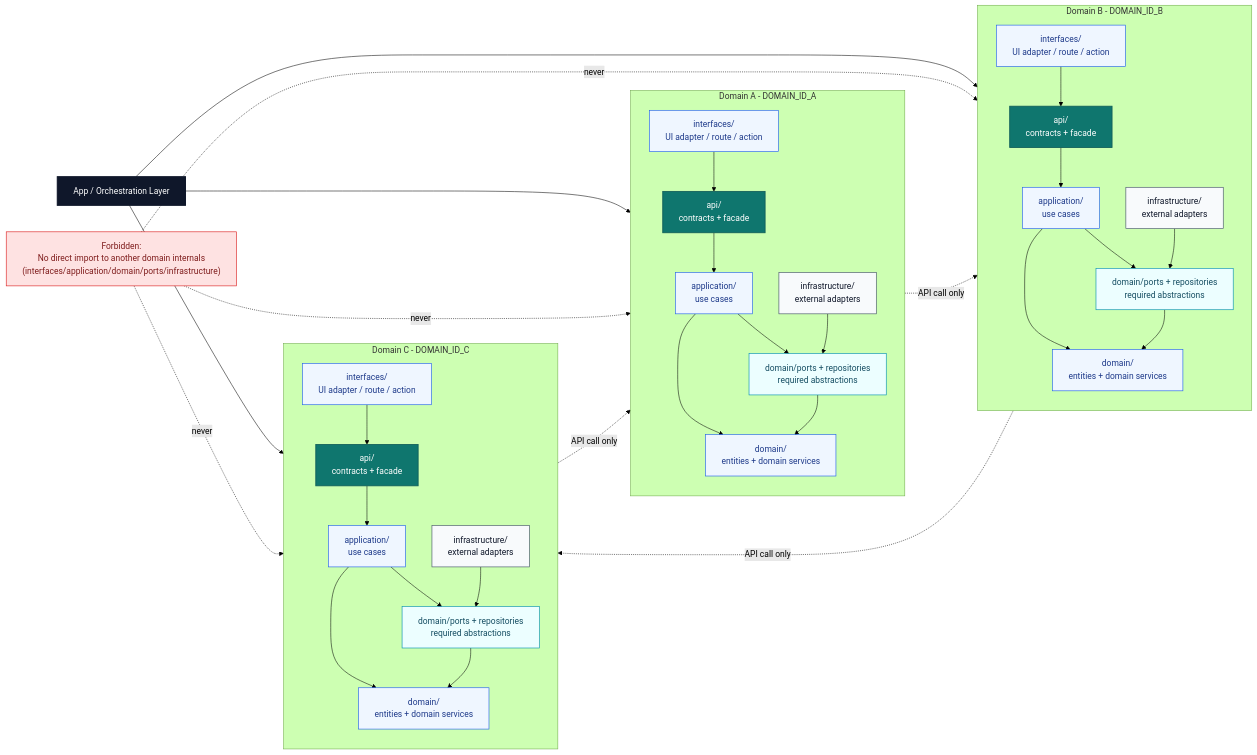
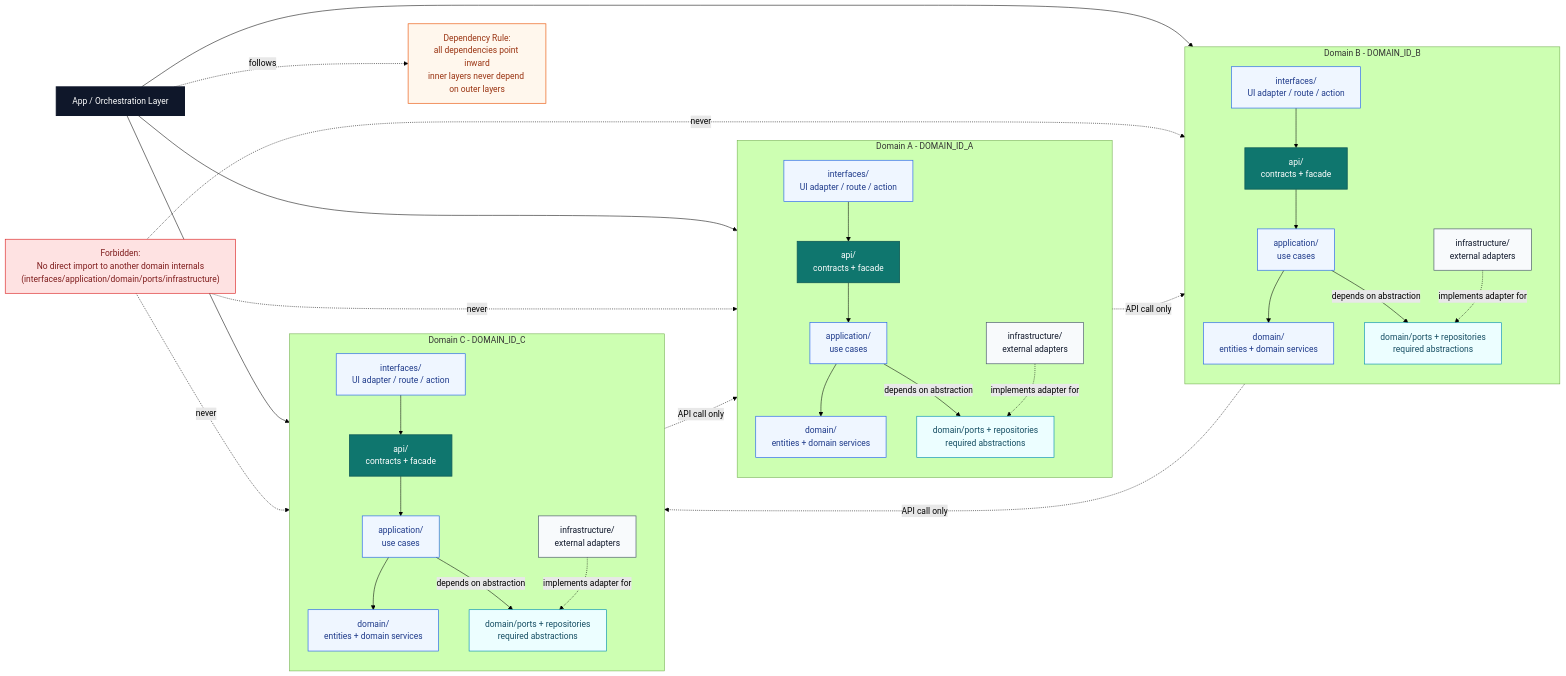
The diagram in docs/diagrams/domain-id-api-boundary-template.mermaid (122sp7/xuanwu-app), drawn with Mermaid (forest theme) before and after one commit.

```diff
--- a/docs/diagrams/domain-id-api-boundary-template.mermaid
+++ b/docs/diagrams/domain-id-api-boundary-template.mermaid
@@ -1,78 +1,79 @@
 %% Domain-ID API boundary template
 %% Purpose: reusable template for bounded contexts with API-only cross-domain interaction
 %% Rule: each domain owns its internals; cross-domain calls must go through api/
 
 flowchart LR
     App["App / Orchestration Layer"]
+    DependencyRule["Dependency Rule:\nall dependencies point inward\ninner layers never depend on outer layers"]
 
     subgraph DomainA["Domain A - DOMAIN_ID_A"]
         direction TB
         A_IF["interfaces/\nUI adapter / route / action"]
         A_API["api/\ncontracts + facade"]
         A_APP["application/\nuse cases"]
         A_DOM["domain/\nentities + domain services"]
         A_PORT["domain/ports + repositories\nrequired abstractions"]
         A_INF["infrastructure/\nexternal adapters"]
 
         A_IF --> A_API --> A_APP --> A_DOM
-        A_APP --> A_PORT
-        A_INF --> A_PORT
-        A_PORT --> A_DOM
+        A_APP -->|depends on abstraction| A_PORT
+        A_INF -.implements adapter for.-> A_PORT
     end
 
     subgraph DomainB["Domain B - DOMAIN_ID_B"]
         direction TB
         B_IF["interfaces/\nUI adapter / route / action"]
         B_API["api/\ncontracts + facade"]
         B_APP["application/\nuse cases"]
         B_DOM["domain/\nentities + domain services"]
         B_PORT["domain/ports + repositories\nrequired abstractions"]
         B_INF["infrastructure/\nexternal adapters"]
 
         B_IF --> B_API --> B_APP --> B_DOM
-        B_APP --> B_PORT
-        B_INF --> B_PORT
-        B_PORT --> B_DOM
+        B_APP -->|depends on abstraction| B_PORT
+        B_INF -.implements adapter for.-> B_PORT
     end
 
     subgraph DomainC["Domain C - DOMAIN_ID_C"]
         direction TB
         C_IF["interfaces/\nUI adapter / route / action"]
         C_API["api/\ncontracts + facade"]
         C_APP["application/\nuse cases"]
         C_DOM["domain/\nentities + domain services"]
         C_PORT["domain/ports + repositories\nrequired abstractions"]
         C_INF["infrastructure/\nexternal adapters"]
 
         C_IF --> C_API --> C_APP --> C_DOM
-        C_APP --> C_PORT
-        C_INF --> C_PORT
-        C_PORT --> C_DOM
+        C_APP -->|depends on abstraction| C_PORT
+        C_INF -.implements adapter for.-> C_PORT
     end
 
     App --> A_API
     App --> B_API
     App --> C_API
+    App -. follows .-> DependencyRule
 
     A_API -. "API call only" .-> B_API
     B_API -. "API call only" .-> C_API
     C_API -. "API call only" .-> A_API
 
     Forbidden["Forbidden:\nNo direct import to another domain internals\n(interfaces/application/domain/ports/infrastructure)"]
     Forbidden -. never .-> A_APP
     Forbidden -. never .-> B_DOM
     Forbidden -. never .-> C_INF
 
     classDef app fill:#0f172a,stroke:#0f172a,color:#ffffff,stroke-width:2px;
     classDef api fill:#0f766e,stroke:#115e59,color:#ffffff,stroke-width:1.6px;
     classDef layer fill:#eff6ff,stroke:#2563eb,color:#1e3a8a,stroke-width:1.2px;
     classDef infra fill:#f8fafc,stroke:#475569,color:#0f172a,stroke-width:1.2px;
     classDef port fill:#ecfeff,stroke:#0891b2,color:#164e63,stroke-width:1.2px;
+    classDef rule fill:#fff7ed,stroke:#ea580c,color:#9a3412,stroke-width:1.2px;
     classDef warn fill:#fee2e2,stroke:#dc2626,color:#7f1d1d,stroke-width:1.2px;
 
     class App app;
     class A_API,B_API,C_API api;
     class A_IF,A_APP,A_DOM,B_IF,B_APP,B_DOM,C_IF,C_APP,C_DOM layer;
     class A_PORT,B_PORT,C_PORT port;
     class A_INF,B_INF,C_INF infra;
+    class DependencyRule rule;
     class Forbidden warn;
```
